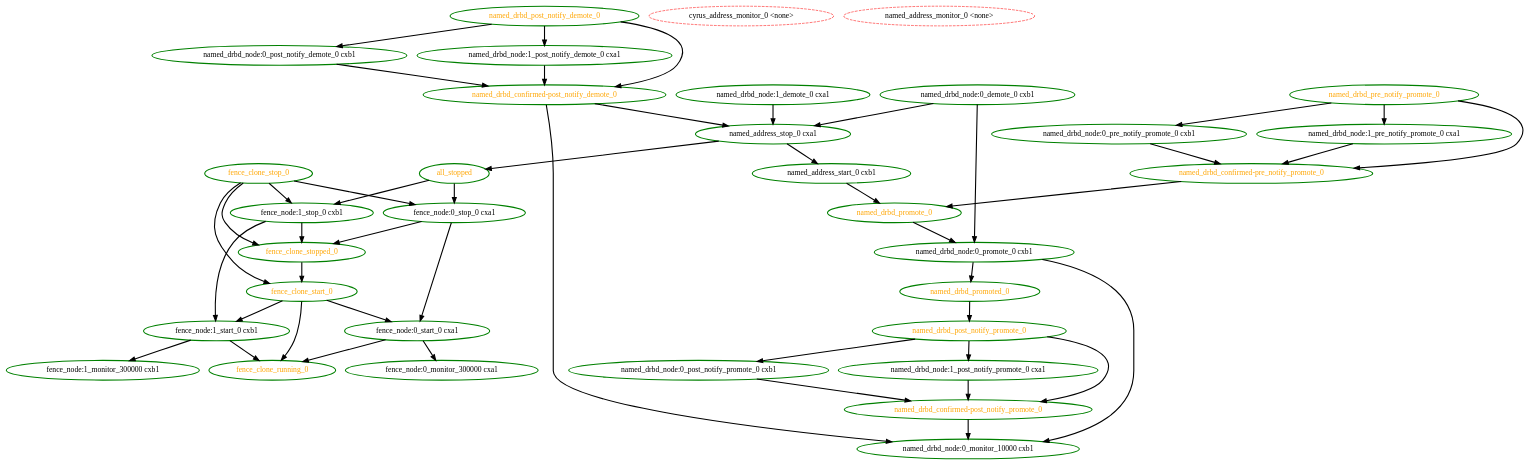
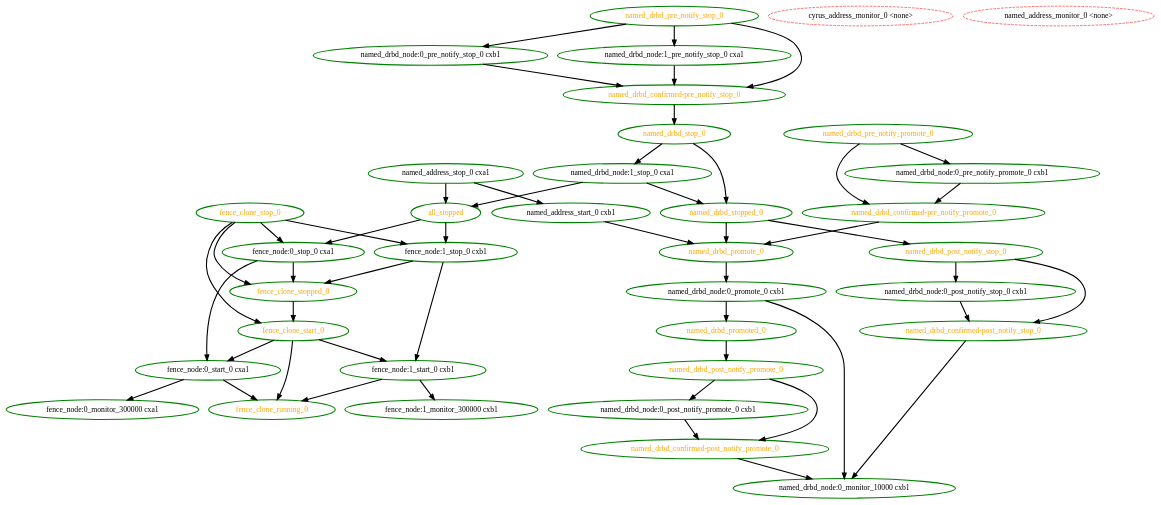
One commit to richiewen8/heartbeat changed the diagram in crm/pengine/testcases/master-demote.dot. Above: the diagram before and after it, drawn with Graphviz. The commit also changed 19 other files, not shown here.

```diff
--- a/crm/pengine/testcases/master-demote.dot
+++ b/crm/pengine/testcases/master-demote.dot
@@ -1,82 +1,86 @@
 digraph "g" {
 "all_stopped" -> "fence_node:0_stop_0 cxa1" [ style = bold]
 "all_stopped" -> "fence_node:1_stop_0 cxb1" [ style = bold]
 "all_stopped" [ style=bold color="green" fontcolor="orange"  ]
 "cyrus_address_monitor_0 <none>" [ style=dashed color="red" fontcolor="black"  ]
 "fence_clone_running_0" [ style=bold color="green" fontcolor="orange"  ]
 "fence_clone_start_0" -> "fence_clone_running_0" [ style = bold]
 "fence_clone_start_0" -> "fence_node:0_start_0 cxa1" [ style = bold]
 "fence_clone_start_0" -> "fence_node:1_start_0 cxb1" [ style = bold]
 "fence_clone_start_0" [ style=bold color="green" fontcolor="orange"  ]
 "fence_clone_stop_0" -> "fence_clone_start_0" [ style = bold]
 "fence_clone_stop_0" -> "fence_clone_stopped_0" [ style = bold]
 "fence_clone_stop_0" -> "fence_node:0_stop_0 cxa1" [ style = bold]
 "fence_clone_stop_0" -> "fence_node:1_stop_0 cxb1" [ style = bold]
 "fence_clone_stop_0" [ style=bold color="green" fontcolor="orange"  ]
 "fence_clone_stopped_0" -> "fence_clone_start_0" [ style = bold]
 "fence_clone_stopped_0" [ style=bold color="green" fontcolor="orange"  ]
 "fence_node:0_monitor_300000 cxa1" [ style=bold color="green" fontcolor="black"  ]
 "fence_node:0_start_0 cxa1" -> "fence_clone_running_0" [ style = bold]
 "fence_node:0_start_0 cxa1" -> "fence_node:0_monitor_300000 cxa1" [ style = bold]
 "fence_node:0_start_0 cxa1" [ style=bold color="green" fontcolor="black"  ]
 "fence_node:0_stop_0 cxa1" -> "fence_clone_stopped_0" [ style = bold]
 "fence_node:0_stop_0 cxa1" -> "fence_node:0_start_0 cxa1" [ style = bold]
 "fence_node:0_stop_0 cxa1" [ style=bold color="green" fontcolor="black"  ]
 "fence_node:1_monitor_300000 cxb1" [ style=bold color="green" fontcolor="black"  ]
 "fence_node:1_start_0 cxb1" -> "fence_clone_running_0" [ style = bold]
 "fence_node:1_start_0 cxb1" -> "fence_node:1_monitor_300000 cxb1" [ style = bold]
 "fence_node:1_start_0 cxb1" [ style=bold color="green" fontcolor="black"  ]
 "fence_node:1_stop_0 cxb1" -> "fence_clone_stopped_0" [ style = bold]
 "fence_node:1_stop_0 cxb1" -> "fence_node:1_start_0 cxb1" [ style = bold]
 "fence_node:1_stop_0 cxb1" [ style=bold color="green" fontcolor="black"  ]
 "named_address_monitor_0 <none>" [ style=dashed color="red" fontcolor="black"  ]
 "named_address_start_0 cxb1" -> "named_drbd_promote_0" [ style = bold]
 "named_address_start_0 cxb1" [ style=bold color="green" fontcolor="black"  ]
 "named_address_stop_0 cxa1" -> "all_stopped" [ style = bold]
 "named_address_stop_0 cxa1" -> "named_address_start_0 cxb1" [ style = bold]
 "named_address_stop_0 cxa1" [ style=bold color="green" fontcolor="black"  ]
-"named_drbd_confirmed-post_notify_demote_0" -> "named_address_stop_0 cxa1" [ style = bold]
-"named_drbd_confirmed-post_notify_demote_0" -> "named_drbd_node:0_monitor_10000 cxb1" [ style = bold]
-"named_drbd_confirmed-post_notify_demote_0" [ style=bold color="green" fontcolor="orange"  ]
 "named_drbd_confirmed-post_notify_promote_0" -> "named_drbd_node:0_monitor_10000 cxb1" [ style = bold]
 "named_drbd_confirmed-post_notify_promote_0" [ style=bold color="green" fontcolor="orange"  ]
+"named_drbd_confirmed-post_notify_stop_0" -> "named_drbd_node:0_monitor_10000 cxb1" [ style = bold]
+"named_drbd_confirmed-post_notify_stop_0" [ style=bold color="green" fontcolor="orange"  ]
 "named_drbd_confirmed-pre_notify_promote_0" -> "named_drbd_promote_0" [ style = bold]
 "named_drbd_confirmed-pre_notify_promote_0" [ style=bold color="green" fontcolor="orange"  ]
-"named_drbd_node:0_demote_0 cxb1" -> "named_address_stop_0 cxa1" [ style = bold]
-"named_drbd_node:0_demote_0 cxb1" -> "named_drbd_node:0_promote_0 cxb1" [ style = bold]
-"named_drbd_node:0_demote_0 cxb1" [ style=bold color="green" fontcolor="black"  ]
+"named_drbd_confirmed-pre_notify_stop_0" -> "named_drbd_stop_0" [ style = bold]
+"named_drbd_confirmed-pre_notify_stop_0" [ style=bold color="green" fontcolor="orange"  ]
 "named_drbd_node:0_monitor_10000 cxb1" [ style=bold color="green" fontcolor="black"  ]
-"named_drbd_node:0_post_notify_demote_0 cxb1" -> "named_drbd_confirmed-post_notify_demote_0" [ style = bold]
-"named_drbd_node:0_post_notify_demote_0 cxb1" [ style=bold color="green" fontcolor="black"  ]
 "named_drbd_node:0_post_notify_promote_0 cxb1" -> "named_drbd_confirmed-post_notify_promote_0" [ style = bold]
 "named_drbd_node:0_post_notify_promote_0 cxb1" [ style=bold color="green" fontcolor="black"  ]
+"named_drbd_node:0_post_notify_stop_0 cxb1" -> "named_drbd_confirmed-post_notify_stop_0" [ style = bold]
+"named_drbd_node:0_post_notify_stop_0 cxb1" [ style=bold color="green" fontcolor="black"  ]
 "named_drbd_node:0_pre_notify_promote_0 cxb1" -> "named_drbd_confirmed-pre_notify_promote_0" [ style = bold]
 "named_drbd_node:0_pre_notify_promote_0 cxb1" [ style=bold color="green" fontcolor="black"  ]
+"named_drbd_node:0_pre_notify_stop_0 cxb1" -> "named_drbd_confirmed-pre_notify_stop_0" [ style = bold]
+"named_drbd_node:0_pre_notify_stop_0 cxb1" [ style=bold color="green" fontcolor="black"  ]
 "named_drbd_node:0_promote_0 cxb1" -> "named_drbd_node:0_monitor_10000 cxb1" [ style = bold]
 "named_drbd_node:0_promote_0 cxb1" -> "named_drbd_promoted_0" [ style = bold]
 "named_drbd_node:0_promote_0 cxb1" [ style=bold color="green" fontcolor="black"  ]
-"named_drbd_node:1_demote_0 cxa1" -> "named_address_stop_0 cxa1" [ style = bold]
-"named_drbd_node:1_demote_0 cxa1" [ style=bold color="green" fontcolor="black"  ]
-"named_drbd_node:1_post_notify_demote_0 cxa1" -> "named_drbd_confirmed-post_notify_demote_0" [ style = bold]
-"named_drbd_node:1_post_notify_demote_0 cxa1" [ style=bold color="green" fontcolor="black"  ]
-"named_drbd_node:1_post_notify_promote_0 cxa1" -> "named_drbd_confirmed-post_notify_promote_0" [ style = bold]
-"named_drbd_node:1_post_notify_promote_0 cxa1" [ style=bold color="green" fontcolor="black"  ]
-"named_drbd_node:1_pre_notify_promote_0 cxa1" -> "named_drbd_confirmed-pre_notify_promote_0" [ style = bold]
-"named_drbd_node:1_pre_notify_promote_0 cxa1" [ style=bold color="green" fontcolor="black"  ]
-"named_drbd_post_notify_demote_0" -> "named_drbd_confirmed-post_notify_demote_0" [ style = bold]
-"named_drbd_post_notify_demote_0" -> "named_drbd_node:0_post_notify_demote_0 cxb1" [ style = bold]
-"named_drbd_post_notify_demote_0" -> "named_drbd_node:1_post_notify_demote_0 cxa1" [ style = bold]
-"named_drbd_post_notify_demote_0" [ style=bold color="green" fontcolor="orange"  ]
+"named_drbd_node:1_pre_notify_stop_0 cxa1" -> "named_drbd_confirmed-pre_notify_stop_0" [ style = bold]
+"named_drbd_node:1_pre_notify_stop_0 cxa1" [ style=bold color="green" fontcolor="black"  ]
+"named_drbd_node:1_stop_0 cxa1" -> "all_stopped" [ style = bold]
+"named_drbd_node:1_stop_0 cxa1" -> "named_drbd_stopped_0" [ style = bold]
+"named_drbd_node:1_stop_0 cxa1" [ style=bold color="green" fontcolor="black"  ]
 "named_drbd_post_notify_promote_0" -> "named_drbd_confirmed-post_notify_promote_0" [ style = bold]
 "named_drbd_post_notify_promote_0" -> "named_drbd_node:0_post_notify_promote_0 cxb1" [ style = bold]
-"named_drbd_post_notify_promote_0" -> "named_drbd_node:1_post_notify_promote_0 cxa1" [ style = bold]
 "named_drbd_post_notify_promote_0" [ style=bold color="green" fontcolor="orange"  ]
+"named_drbd_post_notify_stop_0" -> "named_drbd_confirmed-post_notify_stop_0" [ style = bold]
+"named_drbd_post_notify_stop_0" -> "named_drbd_node:0_post_notify_stop_0 cxb1" [ style = bold]
+"named_drbd_post_notify_stop_0" [ style=bold color="green" fontcolor="orange"  ]
 "named_drbd_pre_notify_promote_0" -> "named_drbd_confirmed-pre_notify_promote_0" [ style = bold]
 "named_drbd_pre_notify_promote_0" -> "named_drbd_node:0_pre_notify_promote_0 cxb1" [ style = bold]
-"named_drbd_pre_notify_promote_0" -> "named_drbd_node:1_pre_notify_promote_0 cxa1" [ style = bold]
 "named_drbd_pre_notify_promote_0" [ style=bold color="green" fontcolor="orange"  ]
+"named_drbd_pre_notify_stop_0" -> "named_drbd_confirmed-pre_notify_stop_0" [ style = bold]
+"named_drbd_pre_notify_stop_0" -> "named_drbd_node:0_pre_notify_stop_0 cxb1" [ style = bold]
+"named_drbd_pre_notify_stop_0" -> "named_drbd_node:1_pre_notify_stop_0 cxa1" [ style = bold]
+"named_drbd_pre_notify_stop_0" [ style=bold color="green" fontcolor="orange"  ]
 "named_drbd_promote_0" -> "named_drbd_node:0_promote_0 cxb1" [ style = bold]
 "named_drbd_promote_0" [ style=bold color="green" fontcolor="orange"  ]
 "named_drbd_promoted_0" -> "named_drbd_post_notify_promote_0" [ style = bold]
 "named_drbd_promoted_0" [ style=bold color="green" fontcolor="orange"  ]
+"named_drbd_stop_0" -> "named_drbd_node:1_stop_0 cxa1" [ style = bold]
+"named_drbd_stop_0" -> "named_drbd_stopped_0" [ style = bold]
+"named_drbd_stop_0" [ style=bold color="green" fontcolor="orange"  ]
+"named_drbd_stopped_0" -> "named_drbd_post_notify_stop_0" [ style = bold]
+"named_drbd_stopped_0" -> "named_drbd_promote_0" [ style = bold]
+"named_drbd_stopped_0" [ style=bold color="green" fontcolor="orange"  ]
 }
```
